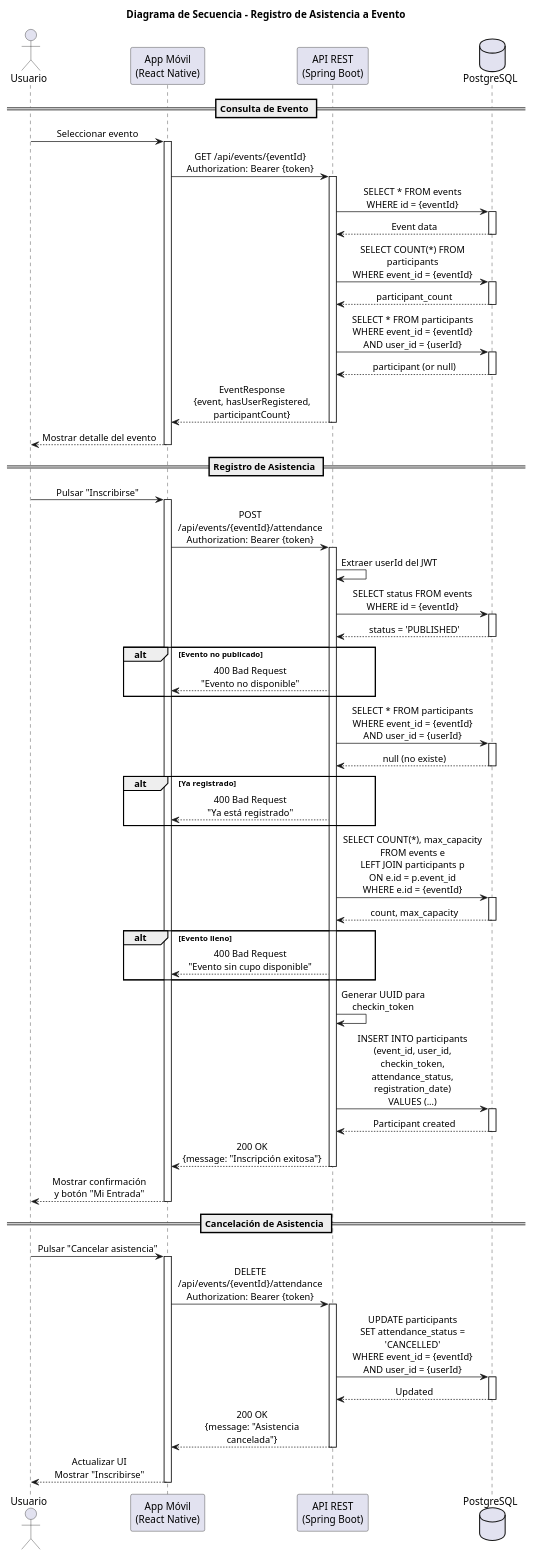
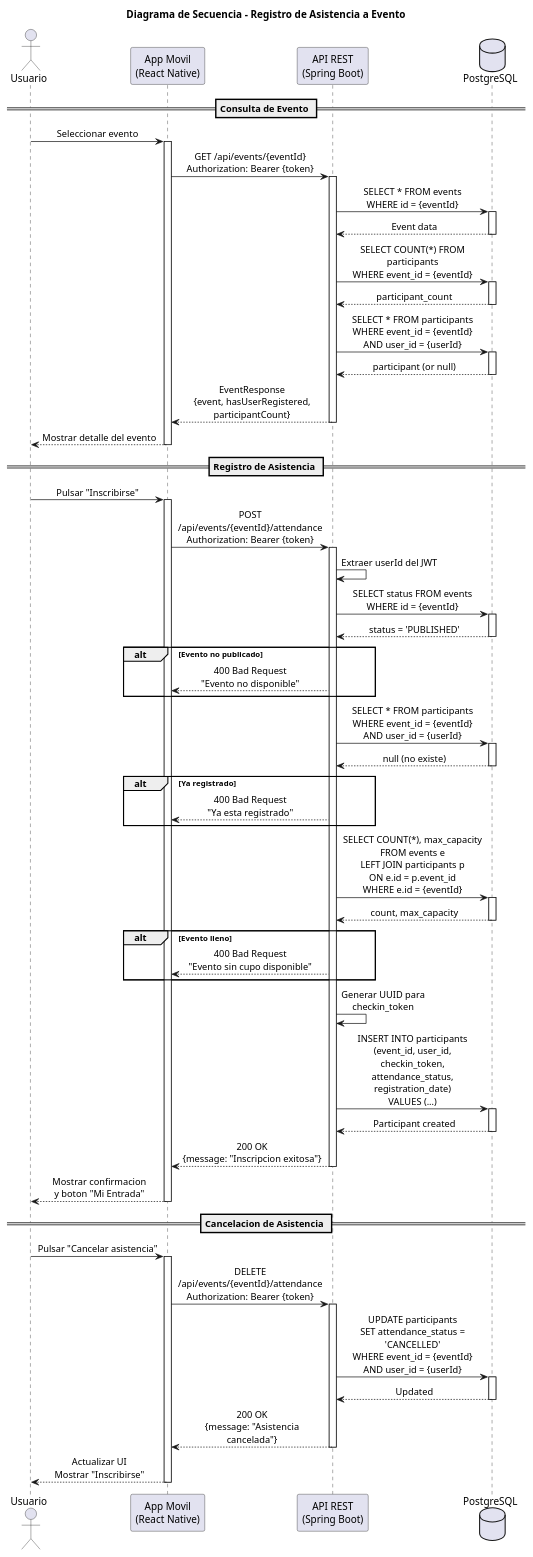
Before and after one commit to JeremyTierra/Azuevento: the diagram in plan/diagramas/09_secuencia_registro_asistencia.puml, drawn with PlantUML. The commit also changed 14 other files, not shown here.

Commit message:
Refactor diagrams to standardize Spanish terminology and improve consistency

```diff
--- a/plan/diagramas/09_secuencia_registro_asistencia.puml
+++ b/plan/diagramas/09_secuencia_registro_asistencia.puml
@@ -1,111 +1,111 @@
 @startuml Secuencia_Registro_Asistencia
 skinparam sequenceMessageAlign center
 skinparam responseMessageBelowArrow true
 skinparam maxMessageSize 200
 
 title Diagrama de Secuencia - Registro de Asistencia a Evento
 
 actor "Usuario" as User
-participant "App Móvil\n(React Native)" as App
+participant "App Movil\n(React Native)" as App
 participant "API REST\n(Spring Boot)" as API
 database "PostgreSQL" as DB
 
 == Consulta de Evento ==
 
 User -> App: Seleccionar evento
 activate App
 
 App -> API: GET /api/events/{eventId}\nAuthorization: Bearer {token}
 activate API
 
 API -> DB: SELECT * FROM events\nWHERE id = {eventId}
 activate DB
 DB --> API: Event data
 deactivate DB
 
 API -> DB: SELECT COUNT(*) FROM participants\nWHERE event_id = {eventId}
 activate DB
 DB --> API: participant_count
 deactivate DB
 
 API -> DB: SELECT * FROM participants\nWHERE event_id = {eventId}\nAND user_id = {userId}
 activate DB
 DB --> API: participant (or null)
 deactivate DB
 
 API --> App: EventResponse\n{event, hasUserRegistered, participantCount}
 deactivate API
 
 App --> User: Mostrar detalle del evento
 deactivate App
 
 == Registro de Asistencia ==
 
 User -> App: Pulsar "Inscribirse"
 activate App
 
 App -> API: POST /api/events/{eventId}/attendance\nAuthorization: Bearer {token}
 activate API
 
 API -> API: Extraer userId del JWT
 
 API -> DB: SELECT status FROM events\nWHERE id = {eventId}
 activate DB
 DB --> API: status = 'PUBLISHED'
 deactivate DB
 
 alt Evento no publicado
     API --> App: 400 Bad Request\n"Evento no disponible"
 end
 
 API -> DB: SELECT * FROM participants\nWHERE event_id = {eventId}\nAND user_id = {userId}
 activate DB
 DB --> API: null (no existe)
 deactivate DB
 
 alt Ya registrado
-    API --> App: 400 Bad Request\n"Ya está registrado"
+    API --> App: 400 Bad Request\n"Ya esta registrado"
 end
 
 API -> DB: SELECT COUNT(*), max_capacity\nFROM events e\nLEFT JOIN participants p\nON e.id = p.event_id\nWHERE e.id = {eventId}
 activate DB
 DB --> API: count, max_capacity
 deactivate DB
 
 alt Evento lleno
     API --> App: 400 Bad Request\n"Evento sin cupo disponible"
 end
 
 API -> API: Generar UUID para checkin_token
 
 API -> DB: INSERT INTO participants\n(event_id, user_id, checkin_token,\nattendance_status, registration_date)\nVALUES (...)
 activate DB
 DB --> API: Participant created
 deactivate DB
 
-API --> App: 200 OK\n{message: "Inscripción exitosa"}
+API --> App: 200 OK\n{message: "Inscripcion exitosa"}
 deactivate API
 
-App --> User: Mostrar confirmación\ny botón "Mi Entrada"
+App --> User: Mostrar confirmacion\ny boton "Mi Entrada"
 deactivate App
 
-== Cancelación de Asistencia ==
+== Cancelacion de Asistencia ==
 
 User -> App: Pulsar "Cancelar asistencia"
 activate App
 
 App -> API: DELETE /api/events/{eventId}/attendance\nAuthorization: Bearer {token}
 activate API
 
 API -> DB: UPDATE participants\nSET attendance_status = 'CANCELLED'\nWHERE event_id = {eventId}\nAND user_id = {userId}
 activate DB
 DB --> API: Updated
 deactivate DB
 
 API --> App: 200 OK\n{message: "Asistencia cancelada"}
 deactivate API
 
 App --> User: Actualizar UI\nMostrar "Inscribirse"
 deactivate App
 
 @enduml
```
